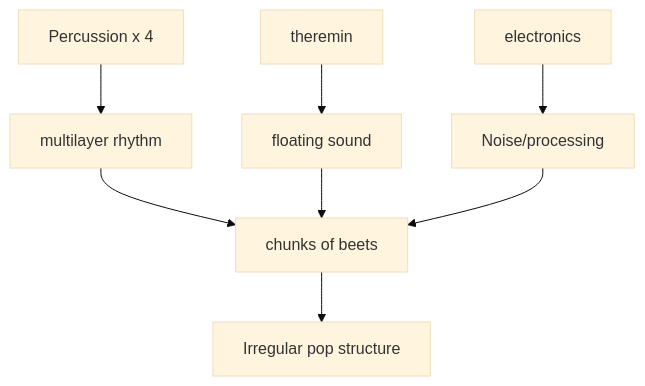
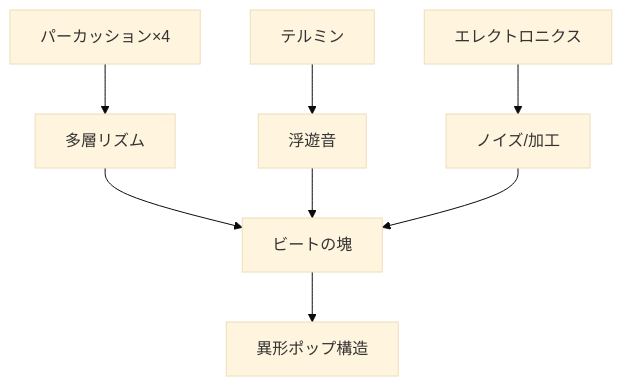
Before and after one commit to monumental-movement/monumental-movement.github.io: the first of 3 diagrams in en/_posts/2026-04-03-column-grind-orchestra.md, drawn with Mermaid (base theme). The commit also changed other lines of this file and 2196 other files, not shown here.

```diff
--- a/en/_posts/2026-04-03-column-grind-orchestra.md
+++ b/en/_posts/2026-04-03-column-grind-orchestra.md
@@ -82,10 +81,10 @@
 <div class="mermaid">
 graph TD
-A[Percussion x 4] --> D[multilayer rhythm]
-B[theremin] --> E[floating sound]
-C[electronics] --> F[Noise/processing]
-D --> G[chunks of beets]
+A[パーカッション×4] --> D[多層リズム]
+B[テルミン] --> E[浮遊音]
+C[エレクトロニクス] --> F[ノイズ/加工]
+D --> G[ビートの塊]
 E --> G
 F --> G
-G --> H[Irregular pop structure]
+G --> H[異形ポップ構造]
 </div>
```
